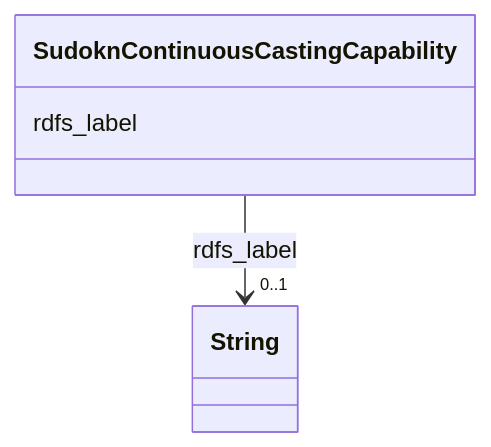
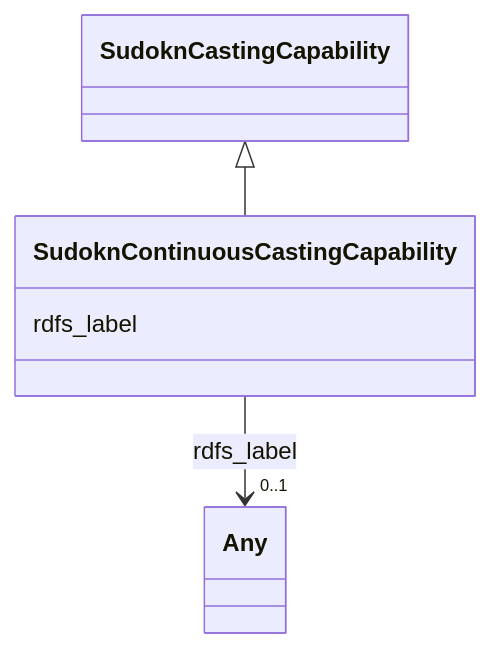
The diagram in sudokn-kg/classes/SudoknContinuousCastingCapability.md (frink-okn/graph-descriptions), drawn with Mermaid before and after one commit. The commit also changed other lines of this file and 903 other files, not shown here.

````diff
--- a/sudokn-kg/classes/SudoknContinuousCastingCapability.md
+++ b/sudokn-kg/classes/SudoknContinuousCastingCapability.md
@@ -23,15 +18,18 @@
 ```mermaid
  classDiagram
     class SudoknContinuousCastingCapability
     click SudoknContinuousCastingCapability href "../SudoknContinuousCastingCapability"
+      SudoknCastingCapability <|-- SudoknContinuousCastingCapability
+        click SudoknCastingCapability href "../SudoknCastingCapability"
+      
       SudoknContinuousCastingCapability : rdfs_label
         
           
     
     
-    SudoknContinuousCastingCapability --> "0..1" String : rdfs_label
-    click String href "../String"
+    SudoknContinuousCastingCapability --> "0..1" Any : rdfs_label
+    click Any href "../Any"
 
         
       
 ```
````
